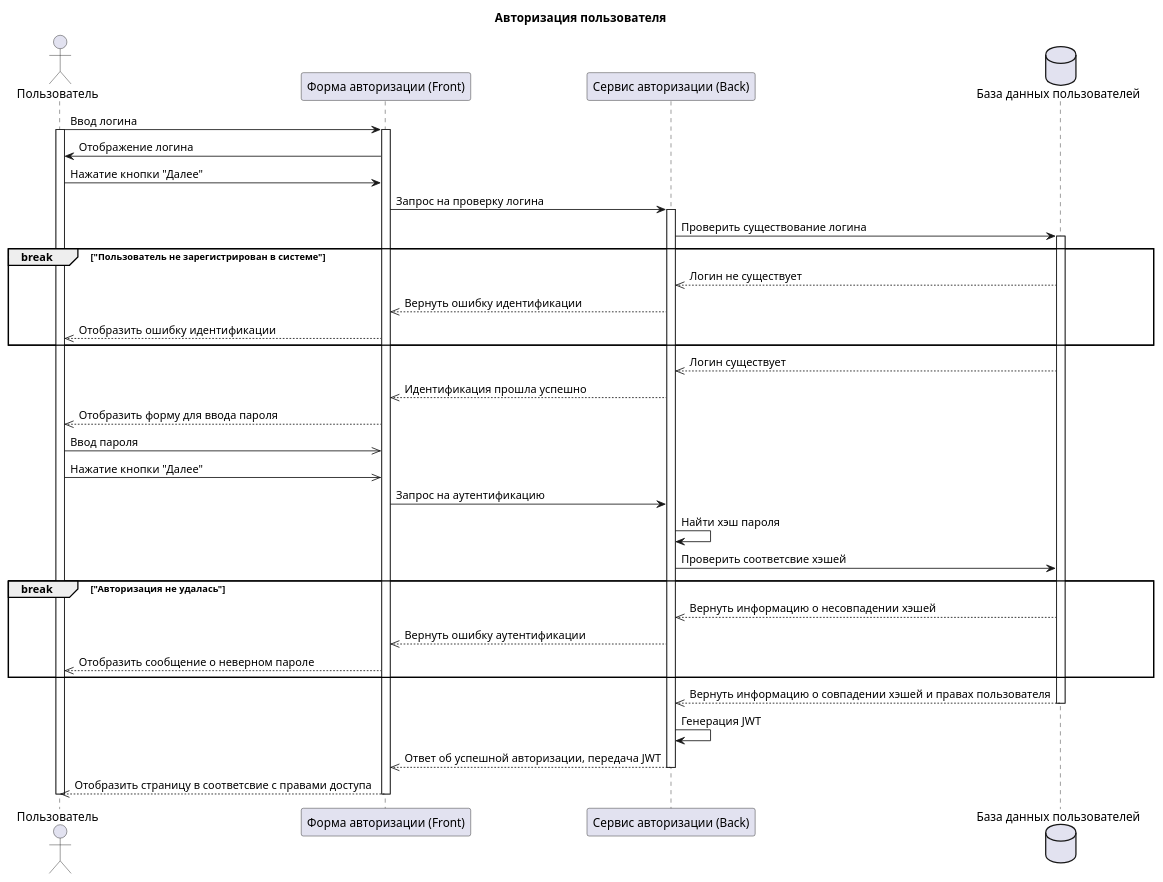
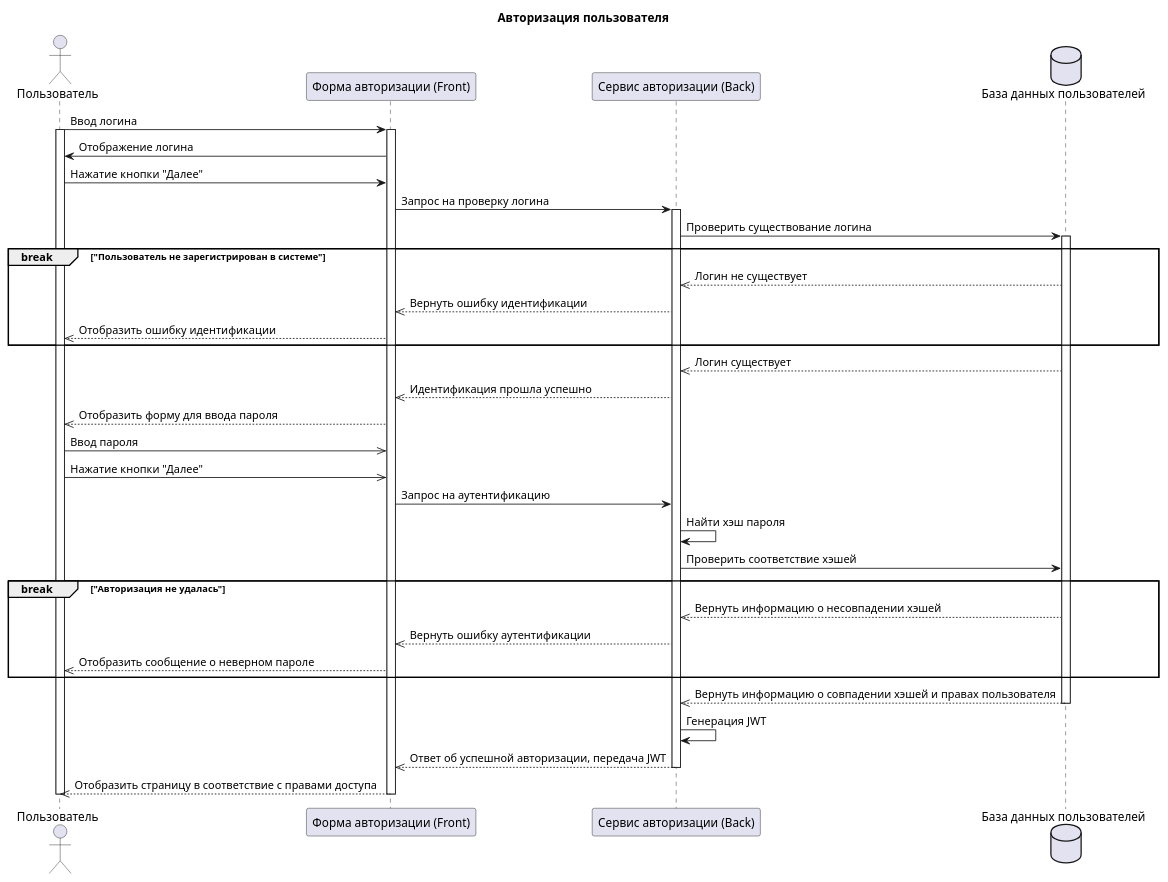
Before and after one commit to Ankeru/archive: the diagram in Aauthorization_Sequence.puml, drawn with PlantUML.

```diff
--- a/Aauthorization_Sequence.puml
+++ b/Aauthorization_Sequence.puml
@@ -1,36 +1,36 @@
 @startuml
 title "Авторизация пользователя"
 actor Пользователь as user
 participant "Форма авторизации (Front)" as ID_form
 participant "Сервис авторизации (Back)" as ID_service
 database    "База данных пользователей"    as db
 user -> ID_form++: Ввод логина
 activate user
 user <- ID_form : Отображение логина
 user -> ID_form: Нажатие кнопки "Далее"
 ID_form-> ID_service++: Запрос на проверку логина
 ID_service -> db++: Проверить существование логина
 Break "Пользователь не зарегистрирован в системе"
    ID_service <<-- db: Логин не существует
    ID_form    <<-- ID_service: Вернуть ошибку идентификации
    user <<-- ID_form: Отобразить ошибку идентификации
 end
 ID_service <<-- db: Логин существует
 ID_form    <<-- ID_service: Идентификация прошла успешно
 user <<-- ID_form: Отобразить форму для ввода пароля
 user ->> ID_form: Ввод пароля
 user ->> ID_form: Нажатие кнопки "Далее"
 ID_form-> ID_service: Запрос на аутентификацию
 ID_service -> ID_service: Найти хэш пароля
-ID_service -> db: Проверить соответсвие хэшей
+ID_service -> db: Проверить соответствие хэшей
 Break "Авторизация не удалась"
    ID_service <<-- db: Вернуть информацию о несовпадении хэшей
    ID_form    <<-- ID_service: Вернуть ошибку аутентификации
    user <<-- ID_form: Отобразить сообщение о неверном пароле
 end
 ID_service <<-- db--: Вернуть информацию о совпадении хэшей и правах пользователя
 ID_service -> ID_service: Генерация JWT
 ID_form    <<-- ID_service--: Ответ об успешной авторизации, передача JWT
-user <<-- ID_form--: Отобразить страницу в соответсвие с правами доступа
+user <<-- ID_form--: Отобразить страницу в соответствие с правами доступа
 deactivate user
 @enduml
```
